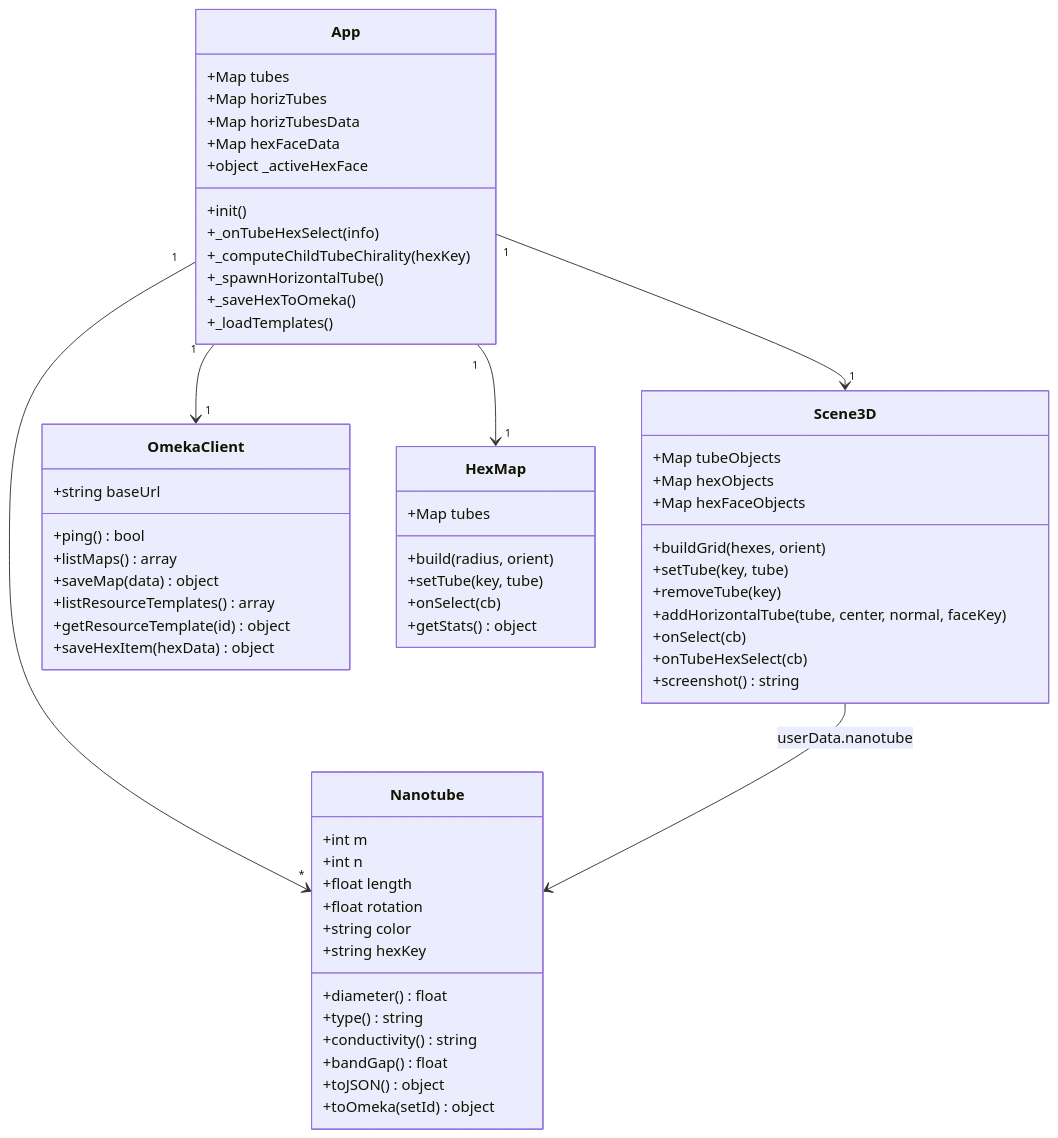
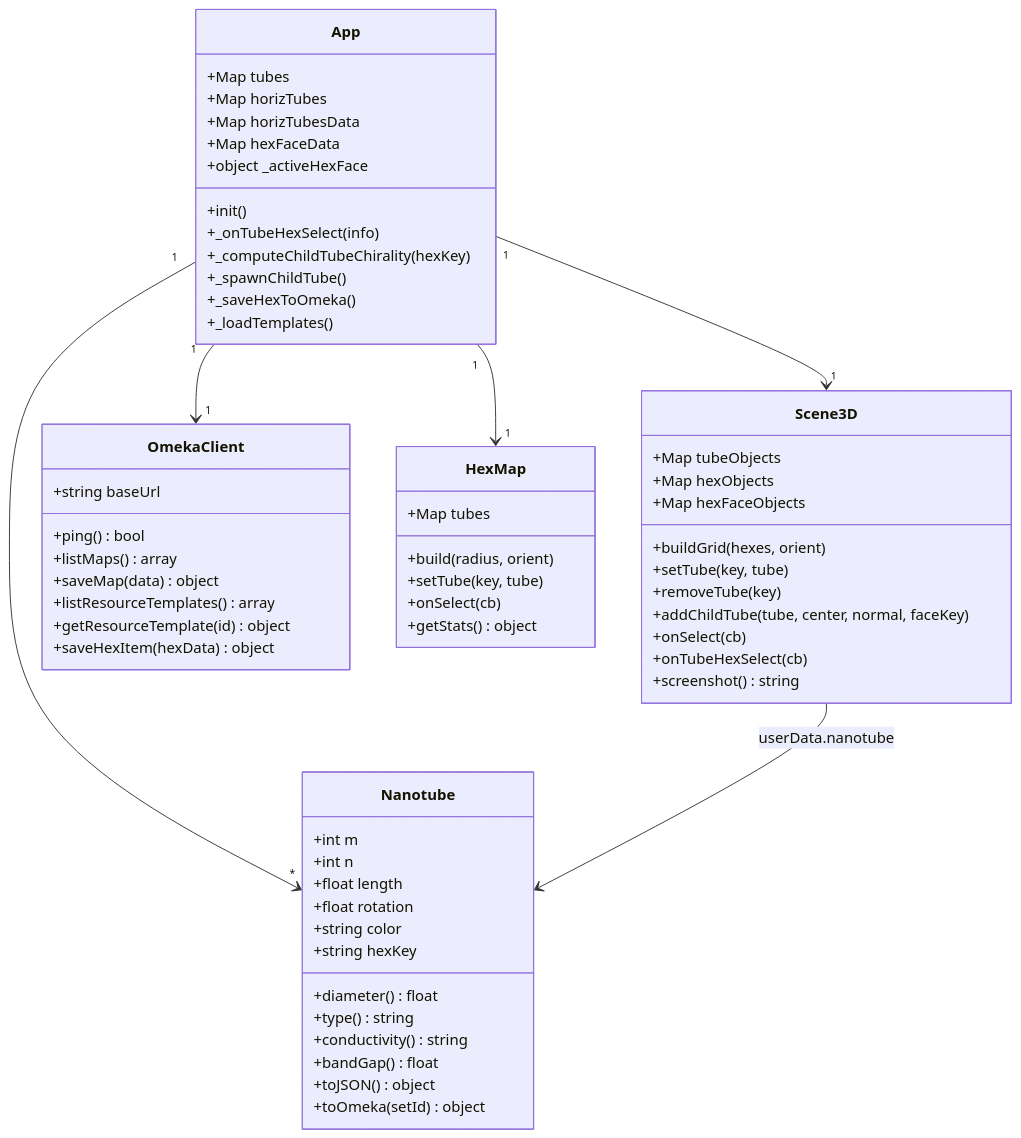
One commit to samszo/nanoTubeStory changed the fourth of 13 diagrams in docs/DIAGRAMS.md. Above: the diagram before and after it, drawn with Mermaid. The commit also changed other lines of this file and 6 other files, not shown here.

````diff
--- a/docs/DIAGRAMS.md
+++ b/docs/DIAGRAMS.md
@@ -213,68 +213,68 @@
 ```mermaid
 classDiagram
     class Nanotube {
         +int m
         +int n
         +float length
         +float rotation
         +string color
         +string hexKey
         +diameter() float
         +type() string
         +conductivity() string
         +bandGap() float
         +toJSON() object
         +toOmeka(setId) object
     }
 
     class Scene3D {
         +Map tubeObjects
         +Map hexObjects
         +Map hexFaceObjects
         +buildGrid(hexes, orient)
         +setTube(key, tube)
         +removeTube(key)
-        +addHorizontalTube(tube, center, normal, faceKey)
+        +addChildTube(tube, center, normal, faceKey)
         +onSelect(cb)
         +onTubeHexSelect(cb)
         +screenshot() string
     }
 
     class OmekaClient {
         +string baseUrl
         +ping() bool
         +listMaps() array
         +saveMap(data) object
         +listResourceTemplates() array
         +getResourceTemplate(id) object
         +saveHexItem(hexData) object
     }
 
     class App {
         +Map tubes
         +Map horizTubes
         +Map horizTubesData
         +Map hexFaceData
         +object _activeHexFace
         +init()
         +_onTubeHexSelect(info)
         +_computeChildTubeChirality(hexKey)
-        +_spawnHorizontalTube()
+        +_spawnChildTube()
         +_saveHexToOmeka()
         +_loadTemplates()
     }
 
     class HexMap {
         +Map tubes
         +build(radius, orient)
         +setTube(key, tube)
         +onSelect(cb)
         +getStats() object
     }
 
     App "1" --> "1" HexMap
     App "1" --> "1" Scene3D
     App "1" --> "1" OmekaClient
     App "1" --> "*" Nanotube
     Scene3D --> Nanotube : userData.nanotube
 ```
````
